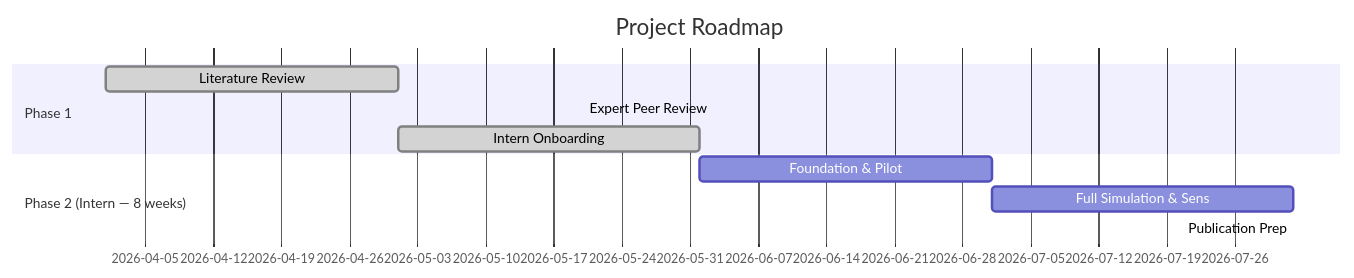
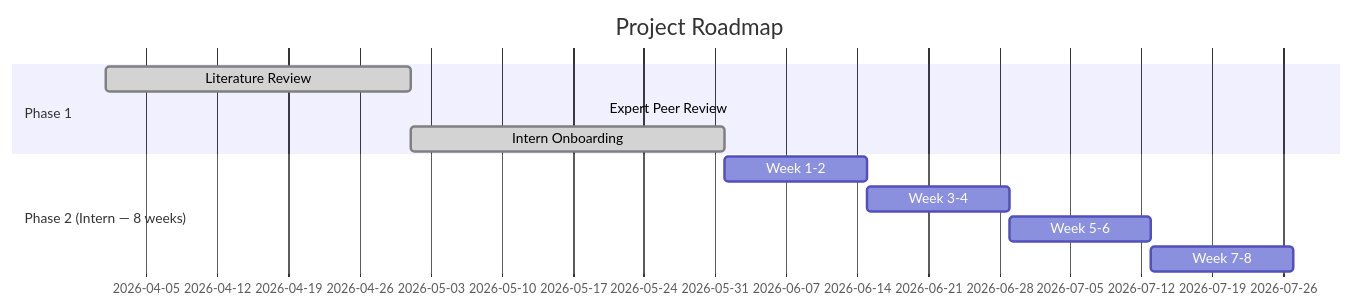
Before and after one commit to doublerobust/adaptive-phase2-3-pick-winner: the diagram in README.md, drawn with Mermaid. The commit also changed other lines of this file and 1 other file, not shown here.

````diff
--- a/README.md
+++ b/README.md
@@ -60,13 +63,14 @@
 ```mermaid
 gantt
 title Project Roadmap
     dateFormat  YYYY-MM
     section Phase 1
     Literature Review         :done, 2026-04, 2026-05
     Expert Peer Review        :done, 2026-05-20, 2026-05-21
     Intern Onboarding         :done, 2026-05, 2026-06
     section Phase 2 (Intern — 8 weeks)
-    Foundation & Pilot        :2026-06, 2026-07
-    Full Simulation & Sens    :2026-07, 2026-08
-    Publication Prep          :2026-08, 2026-08
+    Week 1-2: INCT Foundation   :2026-06-01, 14d
+    Week 3-4: Pilot & DGP       :2026-06-15, 14d
+    Week 5-6: Full Sim & Design :2026-06-29, 14d
+    Week 7-8: Sens & Pkg        :2026-07-13, 14d
 ```
````
